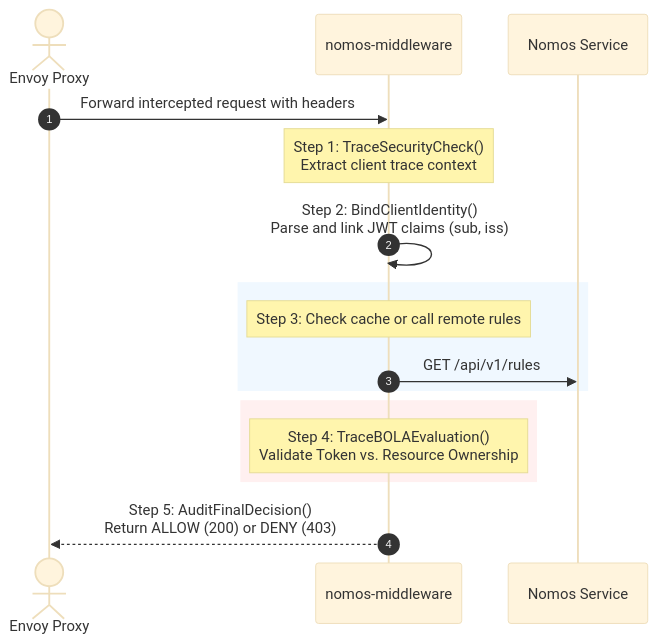
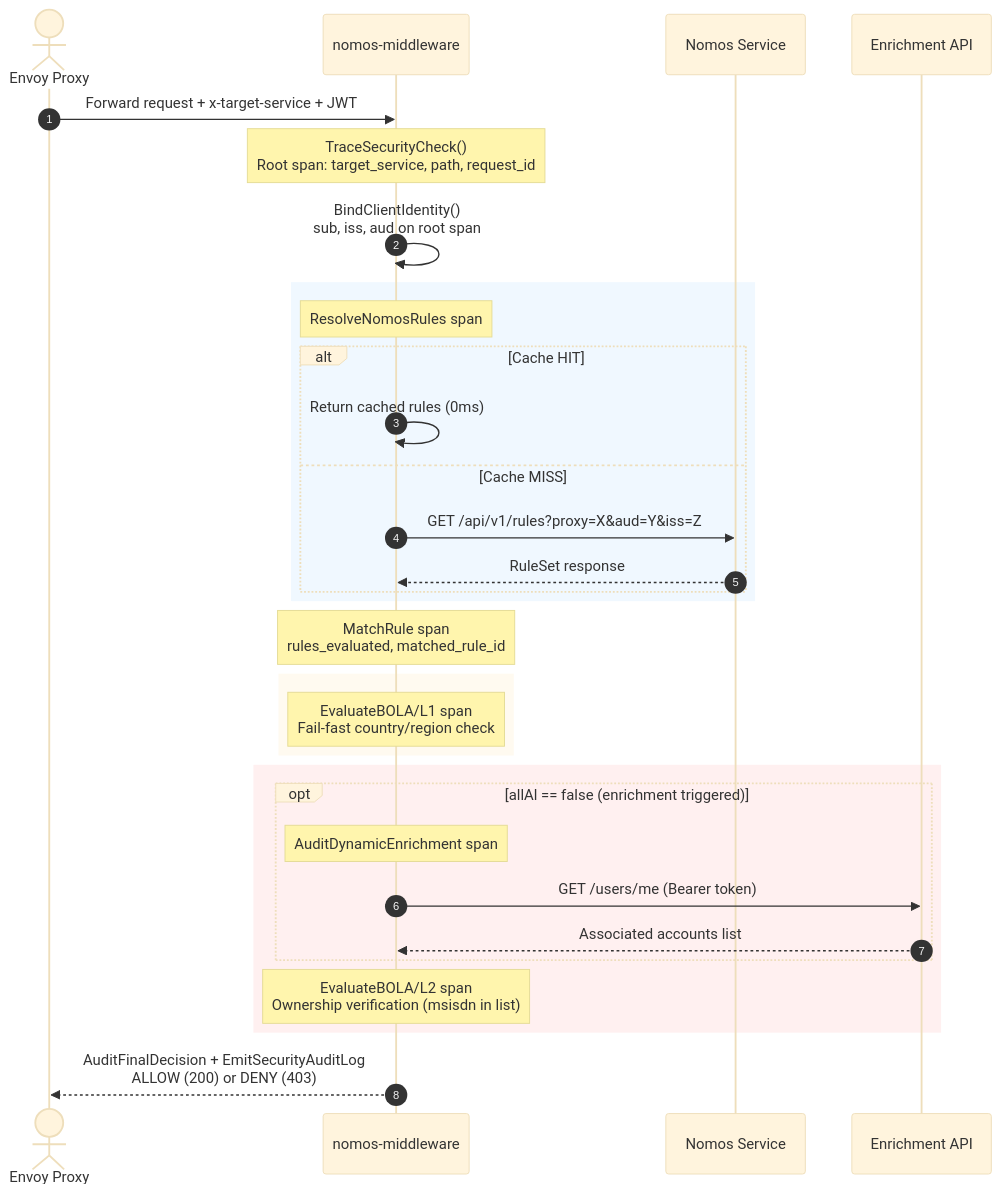
The diagram in nomos-middleware/SECURITY_FOCUS.md (kiquetal/istio-testing-ext-authz), drawn with Mermaid (base theme) before and after one commit. The commit also changed other lines of this file and 1 other file, not shown here.

Commit message:
style: refine candidate tracing file and update security guide details

````diff
--- a/nomos-middleware/SECURITY_FOCUS.md
+++ b/nomos-middleware/SECURITY_FOCUS.md
@@ -10,22 +22,39 @@
 ```mermaid
 sequenceDiagram
     autonumber
     actor Envoy as Envoy Proxy
     participant MW as nomos-middleware
     participant Nomos as Nomos Service
-    
-    Envoy->>MW: Forward intercepted request with headers
-    Note over MW: Step 1: TraceSecurityCheck()<br/>Extract client trace context
-    MW->>MW: Step 2: BindClientIdentity()<br/>Parse and link JWT claims (sub, iss)
-    
+    participant Enrichment as Enrichment API
+
+    Envoy->>MW: Forward request + x-target-service + JWT
+    Note over MW: TraceSecurityCheck()<br/>Root span: target_service, path, request_id
+    MW->>MW: BindClientIdentity()<br/>sub, iss, aud on root span
+
     rect rgb(240, 248, 255)
-        Note over MW: Step 3: Check cache or call remote rules
-        MW->>Nomos: GET /api/v1/rules
+        Note over MW: ResolveNomosRules span
+        alt Cache HIT
+            MW->>MW: Return cached rules (0ms)
+        else Cache MISS
+            MW->>Nomos: GET /api/v1/rules?proxy=X&aud=Y&iss=Z
+            Nomos-->>MW: RuleSet response
+        end
+    end
+
+    Note over MW: MatchRule span<br/>rules_evaluated, matched_rule_id
+
+    rect rgb(255, 250, 240)
+        Note over MW: EvaluateBOLA/L1 span<br/>Fail-fast country/region check
     end
 
     rect rgb(255, 240, 240)
-        Note over MW: Step 4: TraceBOLAEvaluation()<br/>Validate Token vs. Resource Ownership
+        opt allAl == false (enrichment triggered)
+            Note over MW: AuditDynamicEnrichment span
+            MW->>Enrichment: GET /users/me (Bearer token)
+            Enrichment-->>MW: Associated accounts list
+        end
+        Note over MW: EvaluateBOLA/L2 span<br/>Ownership verification (msisdn in list)
     end
-    
-    MW-->>Envoy: Step 5: AuditFinalDecision()<br/>Return ALLOW (200) or DENY (403)
+
+    MW-->>Envoy: AuditFinalDecision + EmitSecurityAuditLog<br/>ALLOW (200) or DENY (403)
 ```
````
